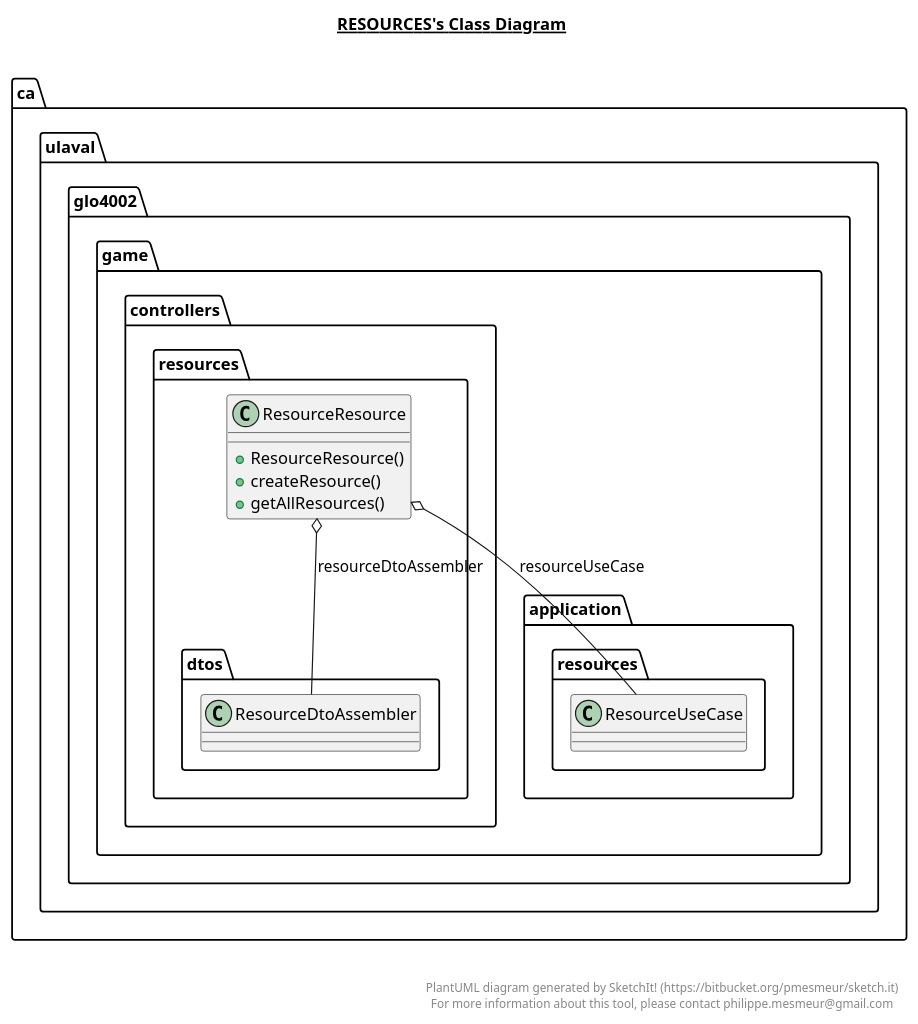
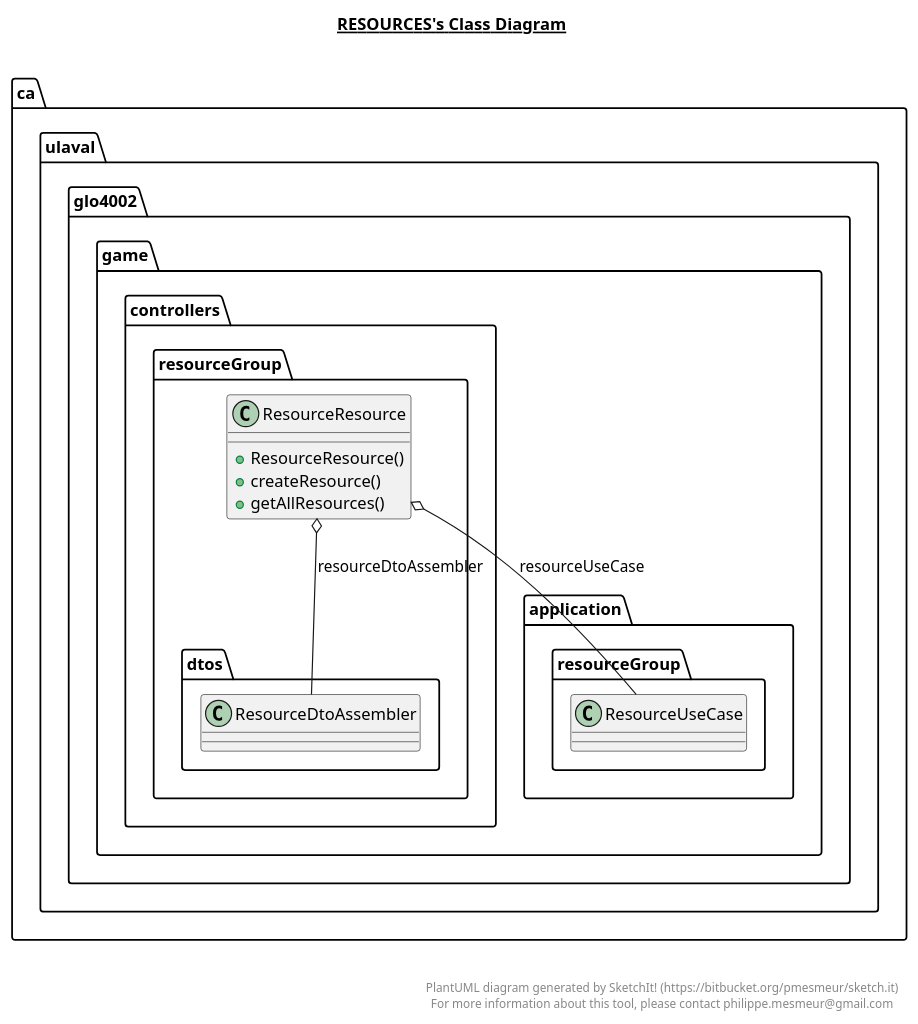
Before and after one commit to MALEC321/MEP7: the diagram in game-api/src/main/java/ca/ulaval/glo4002/game/controllers/resources/resources.plantuml, drawn with PlantUML. The commit also changed 26 other files, not shown here.

Commit message:
refactor Resources -> ResourceGroup

```diff
--- a/game-api/src/main/java/ca/ulaval/glo4002/game/controllers/resources/resources.plantuml
+++ b/game-api/src/main/java/ca/ulaval/glo4002/game/controllers/resources/resources.plantuml
@@ -1,27 +1,27 @@
 @startuml
 
 title __RESOURCES's Class Diagram__\n
 
     namespace ca.ulaval.glo4002.game {
-      namespace controllers.resources {
-        class ca.ulaval.glo4002.game.controllers.resources.ResourceResource {
+      namespace controllers.resourceGroup {
+        class ca.ulaval.glo4002.game.controllers.resourceGroup.ResourceResource {
             + ResourceResource()
             + createResource()
             + getAllResources()
         }
       }
     }
   
 
-  ca.ulaval.glo4002.game.controllers.resources.ResourceResource o-- ca.ulaval.glo4002.game.controllers.resources.dtos.ResourceDtoAssembler : resourceDtoAssembler
-  ca.ulaval.glo4002.game.controllers.resources.ResourceResource o-- ca.ulaval.glo4002.game.application.resources.ResourceUseCase : resourceUseCase
+  ca.ulaval.glo4002.game.controllers.resourceGroup.ResourceResource o-- ca.ulaval.glo4002.game.controllers.resourceGroup.dtos.ResourceDtoAssembler : resourceDtoAssembler
+  ca.ulaval.glo4002.game.controllers.resourceGroup.ResourceResource o-- ca.ulaval.glo4002.game.application.resourceGroup.ResourceUseCase : resourceUseCase
 
 
 right footer
 
 
 PlantUML diagram generated by SketchIt! (https://bitbucket.org/pmesmeur/sketch.it)
 For more information about this tool, please contact philippe.mesmeur@gmail.com
 endfooter
 
 @enduml
```
